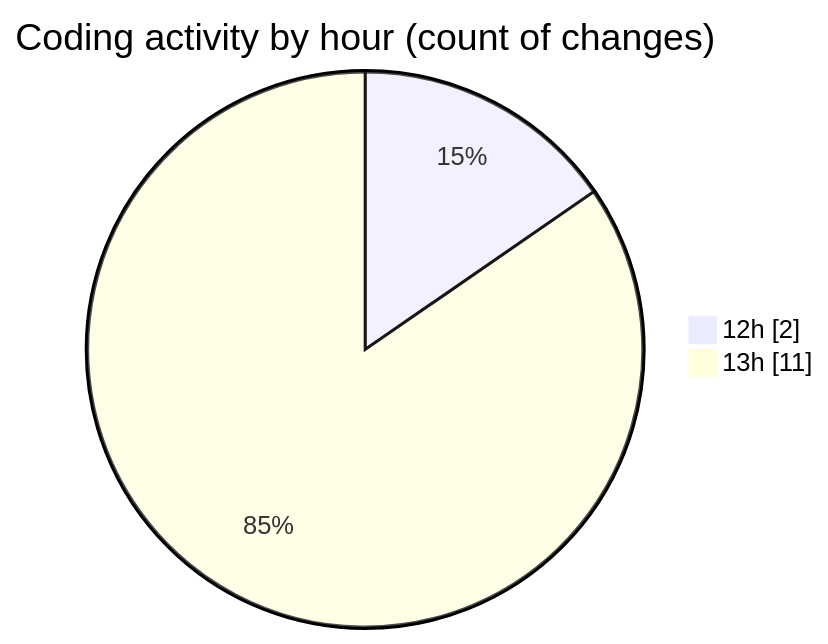
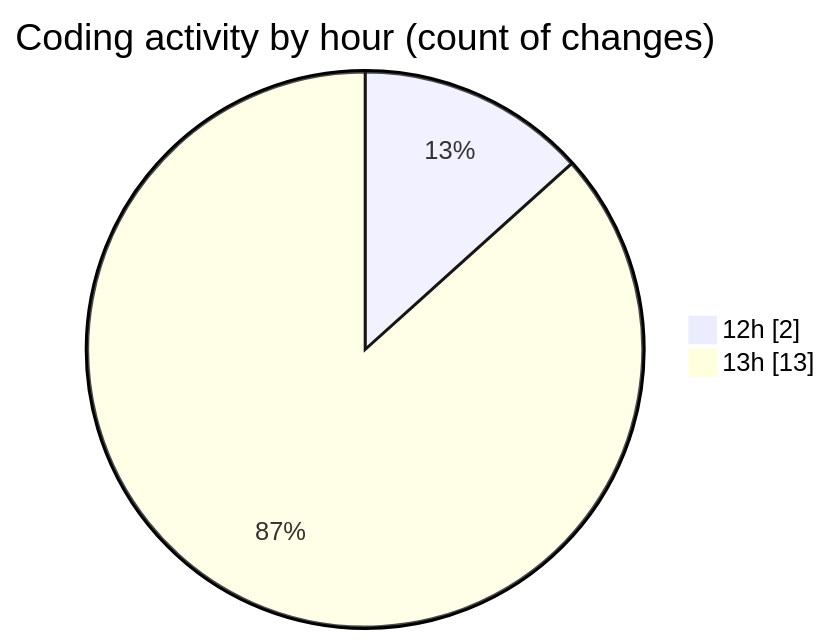
Before and after one commit to charlie-sans/code-tracking: the second of 2 diagrams in 2025-05-03/uhigh-lang/README.md, drawn with Mermaid. The commit also changed other lines of this file and 1 other file, not shown here.

````diff
--- a/2025-05-03/uhigh-lang/README.md
+++ b/2025-05-03/uhigh-lang/README.md
@@ -30,6 +30,6 @@
 ```mermaid
 pie showData
 title Coding activity by hour (count of changes)
 "12h" : 2
-"13h" : 11
+"13h" : 13
 ```
````
